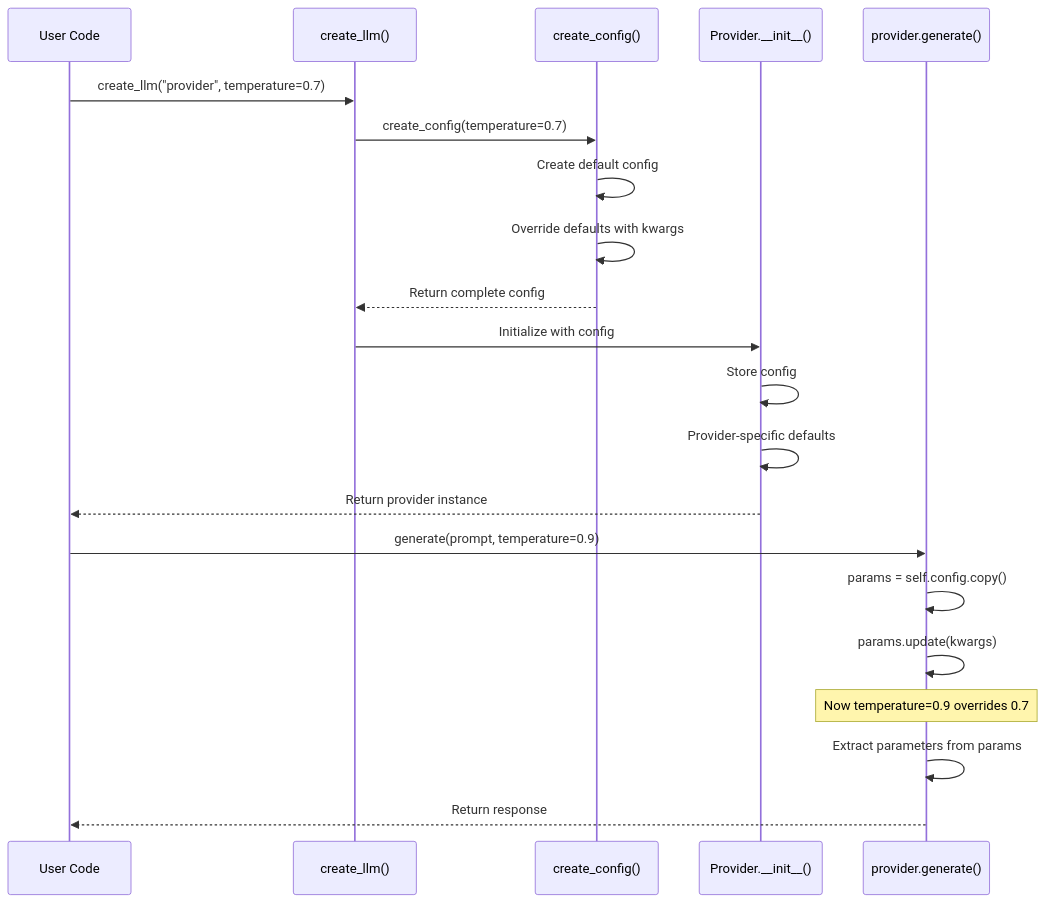
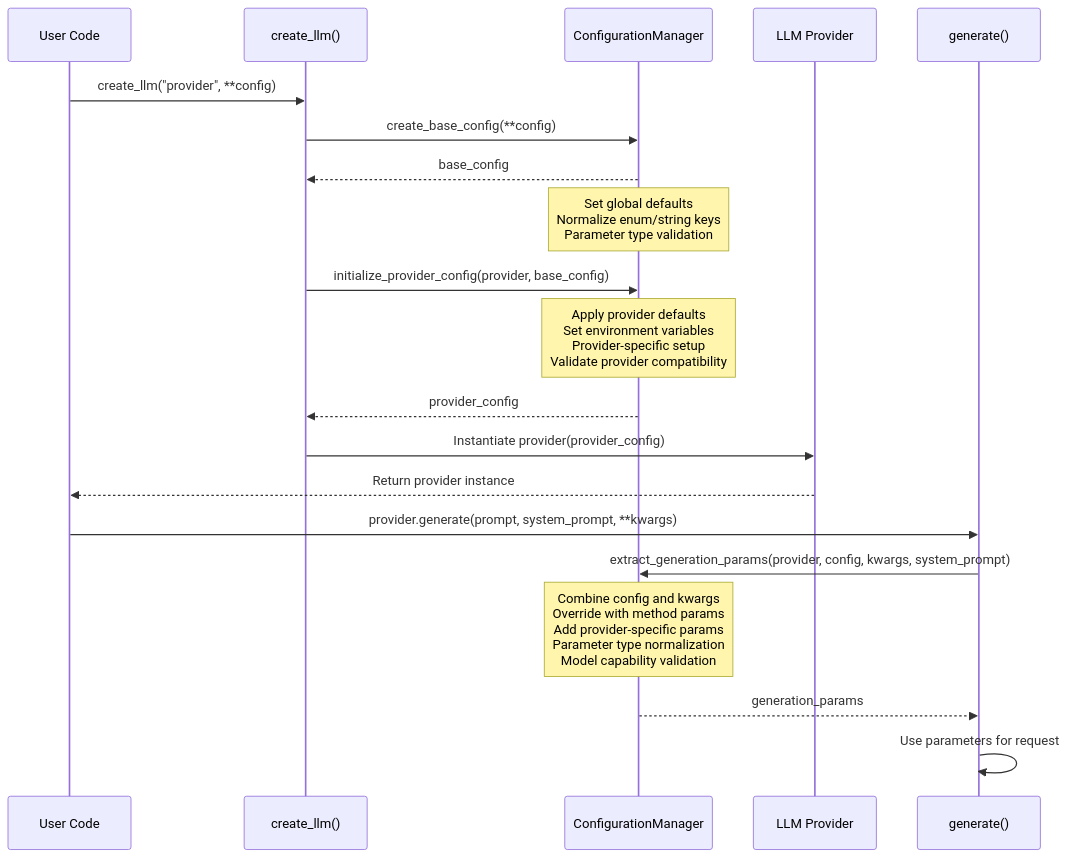
Before and after one commit to lpalbou/AbstractLLM: the sixth of 9 diagrams in docs/data_flow.md, drawn with Mermaid. The commit also changed other lines of this file and 32 other files, not shown here.

````diff
--- a/docs/data_flow.md
+++ b/docs/data_flow.md
@@ -273,25 +324,30 @@
 ```mermaid
 sequenceDiagram
     participant User as User Code
     participant Factory as create_llm()
-    participant Config as create_config()
-    participant Provider as Provider.__init__()
-    participant Generate as provider.generate()
+    participant ConfigMgr as ConfigurationManager
+    participant Provider as LLM Provider
+    participant Generate as generate()
     
-    User->>Factory: create_llm("provider", temperature=0.7)
-    Factory->>Config: create_config(temperature=0.7)
-    Config->>Config: Create default config
-    Config->>Config: Override defaults with kwargs
-    Config-->>Factory: Return complete config
-    Factory->>Provider: Initialize with config
-    Provider->>Provider: Store config
-    Provider->>Provider: Provider-specific defaults
+    User->>Factory: create_llm("provider", **config)
+    Factory->>ConfigMgr: create_base_config(**config)
+    ConfigMgr-->>Factory: base_config
+    
+    Note over ConfigMgr: Set global defaults<br>Normalize enum/string keys<br>Parameter type validation
+    
+    Factory->>ConfigMgr: initialize_provider_config(provider, base_config)
+    
+    Note over ConfigMgr: Apply provider defaults<br>Set environment variables<br>Provider-specific setup<br>Validate provider compatibility
+    
+    ConfigMgr-->>Factory: provider_config
+    Factory->>Provider: Instantiate provider(provider_config)
     Provider-->>User: Return provider instance
     
-    User->>Generate: generate(prompt, temperature=0.9)
-    Generate->>Generate: params = self.config.copy()
-    Generate->>Generate: params.update(kwargs)
-    Note over Generate: Now temperature=0.9 overrides 0.7
-    Generate->>Generate: Extract parameters from params
-    Generate-->>User: Return response
+    User->>Generate: provider.generate(prompt, system_prompt, **kwargs)
+    Generate->>ConfigMgr: extract_generation_params(provider, config, kwargs, system_prompt)
+    
+    Note over ConfigMgr: Combine config and kwargs<br>Override with method params<br>Add provider-specific params<br>Parameter type normalization<br>Model capability validation
+    
+    ConfigMgr-->>Generate: generation_params
+    Generate->>Generate: Use parameters for request
 ```
````
